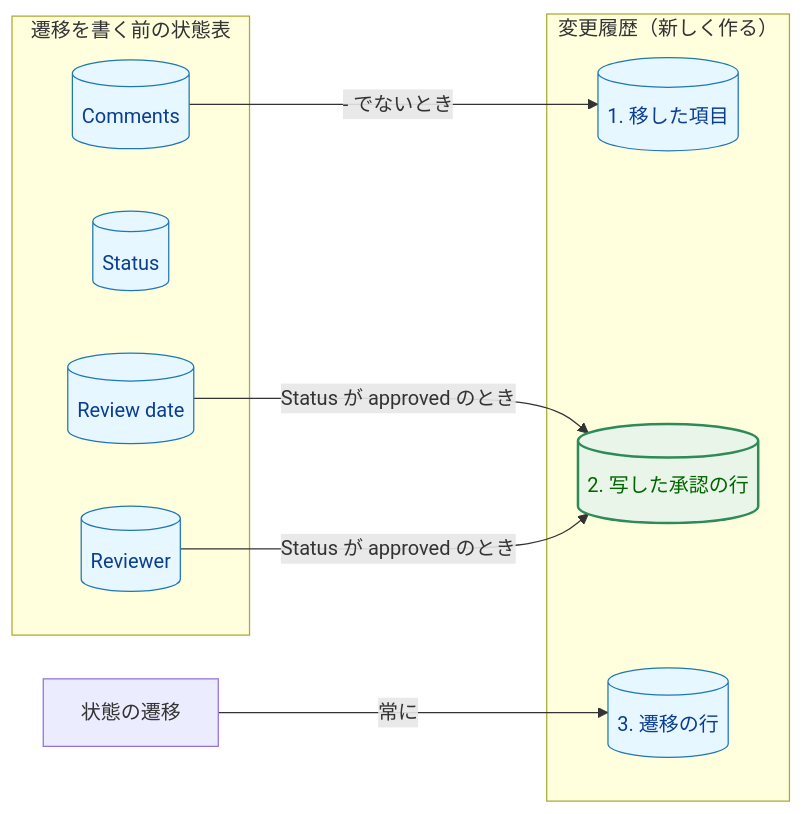
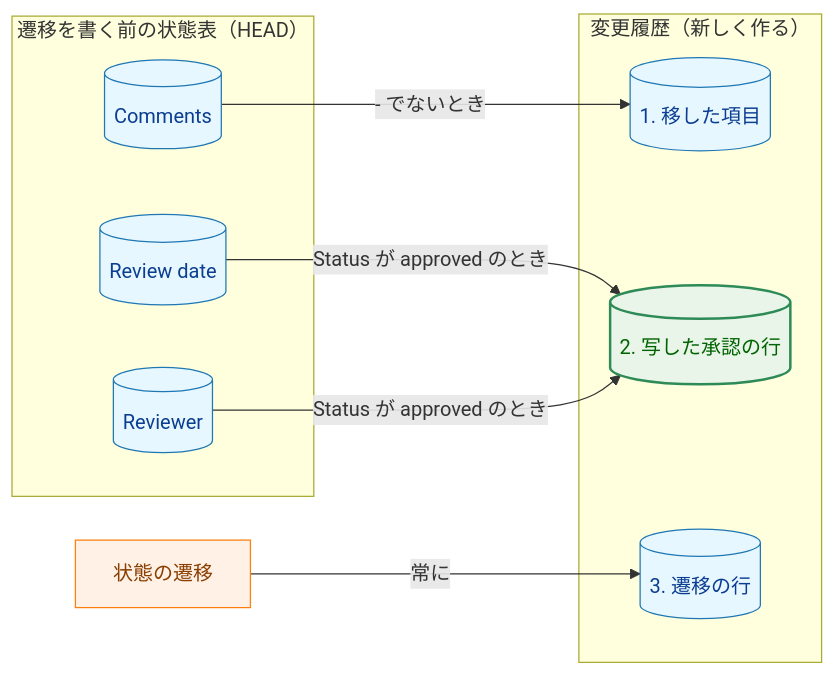
One commit to isseis/yt2column changed the first of 9 diagrams in docs/tasks/0056_legacy_approval_history/02_architecture.md. Above: the diagram before and after it, drawn with Mermaid. The commit also changed other lines of this file, not shown here.

First line of the commit message:
docs(0056): address the architecture and prose reviews

````diff
--- a/docs/tasks/0056_legacy_approval_history/02_architecture.md
+++ b/docs/tasks/0056_legacy_approval_history/02_architecture.md
@@ -30,29 +36,29 @@
 ```mermaid
 flowchart LR
     classDef data fill:#e6f7ff,stroke:#1f77b4,stroke-width:1px,color:#0b3d91;
+    classDef process fill:#fff1e6,stroke:#ff7f0e,stroke-width:1px,color:#8a3e00;
     classDef enhanced fill:#e8f5e8,stroke:#2e8b57,stroke-width:2px,color:#006400;
 
-    subgraph TABLE["遷移を書く前の状態表"]
+    subgraph TABLE["遷移を書く前の状態表（HEAD）"]
         COMMENTS[("Comments")]
-        STATUS[("Status")]
         RDATE[("Review date")]
         REVIEWER[("Reviewer")]
     end
 
     subgraph HISTORY["変更履歴（新しく作る）"]
         MIGRATED[("1. 移した項目")]
         COPIED[("2. 写した承認の行")]
         TRANS[("3. 遷移の行")]
     end
 
     EVENT["状態の遷移"]
 
     COMMENTS -->|"- でないとき"| MIGRATED
     RDATE -->|"Status が approved のとき"| COPIED
     REVIEWER -->|"Status が approved のとき"| COPIED
     EVENT -->|"常に"| TRANS
 
-    class COMMENTS,STATUS,RDATE,REVIEWER,MIGRATED,TRANS data
+    class COMMENTS,RDATE,REVIEWER,MIGRATED,TRANS data
     class COPIED enhanced
     class EVENT process
 ```
````
